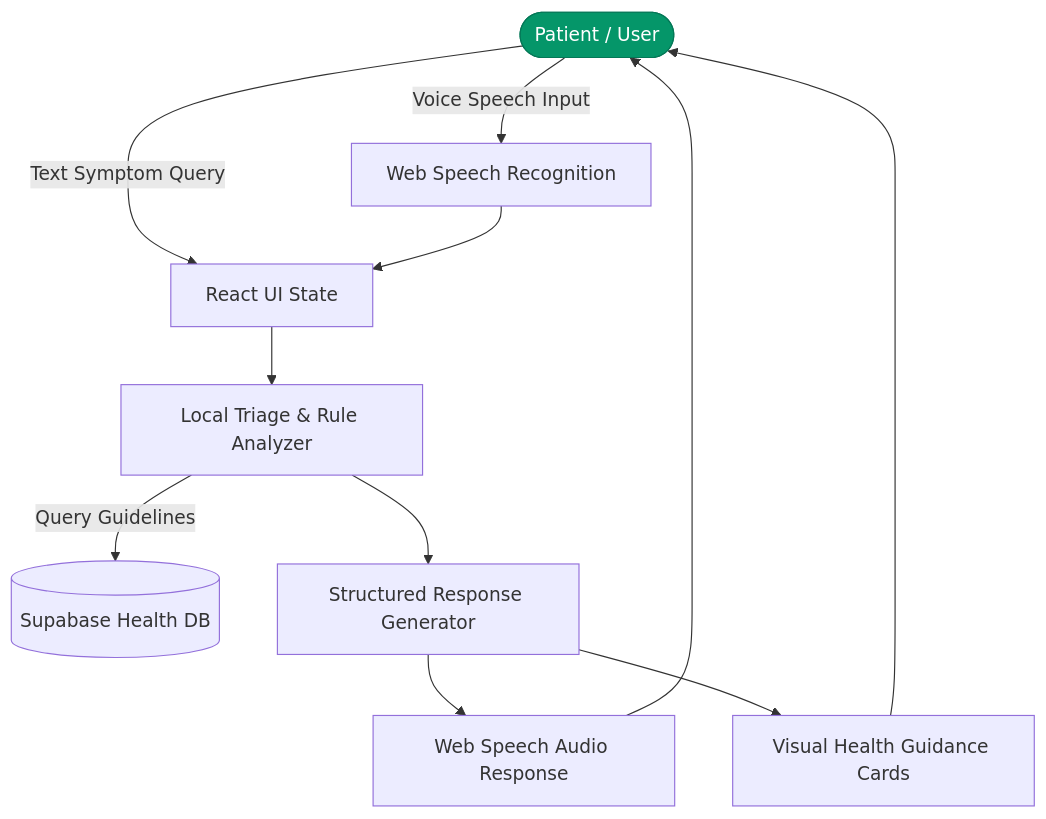
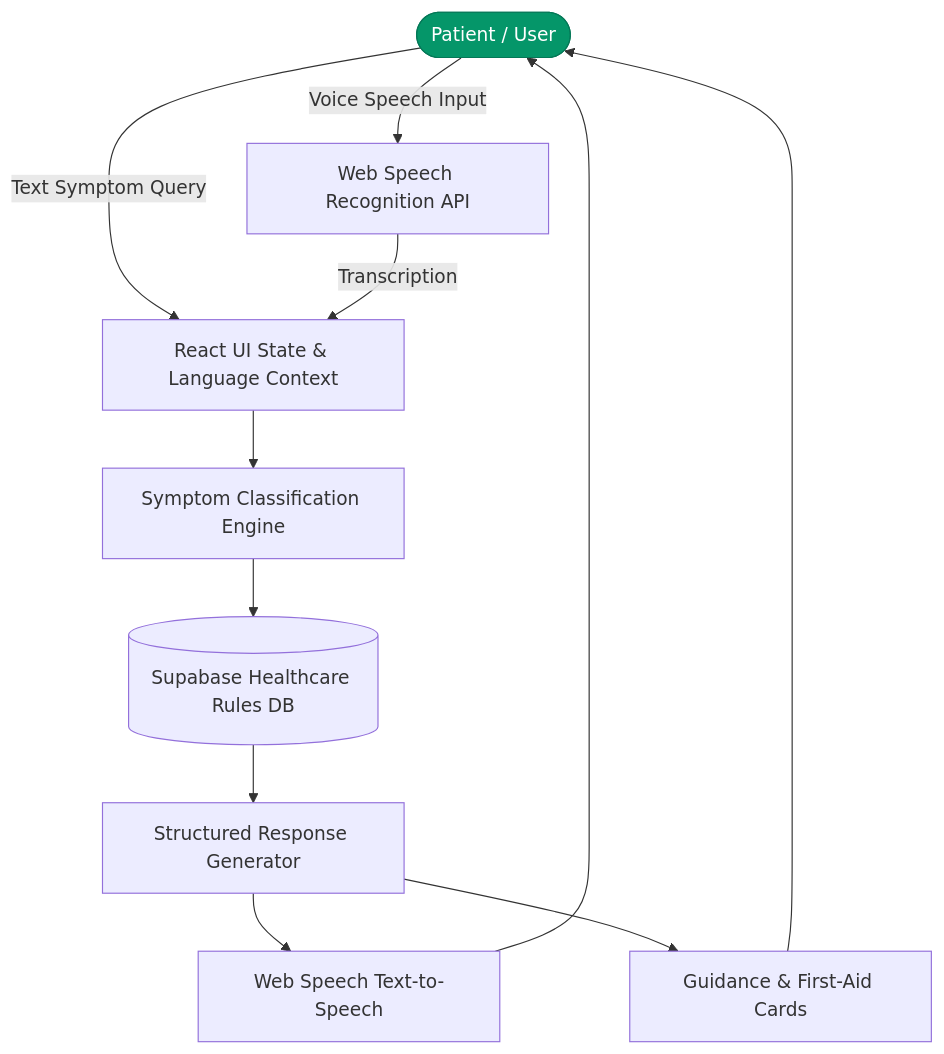
Before and after one commit to StratagemVX/arogyamitraa: the diagram in README.md, drawn with Mermaid. The commit also changed other lines of this file, not shown here.

````diff
--- a/README.md
+++ b/README.md
@@ -33,15 +43,15 @@
 ```mermaid
 flowchart TD
-    Patient([Patient / User]):::user -->|Voice Speech Input| VRec[Web Speech Recognition]
-    Patient -->|Text Symptom Query| Input[React UI State]
-    VRec --> Input
-    Input --> TriageEngine[Local Triage & Rule Analyzer]
-    TriageEngine -->|Query Guidelines| Supa[(Supabase Health DB)]
-    TriageEngine --> ResponseGen[Structured Response Generator]
-    ResponseGen --> SpeechSynth[Web Speech Audio Response]
-    ResponseGen --> Cards[Visual Health Guidance Cards]
-    SpeechSynth --> Patient
-    Cards --> Patient
+    Patient([Patient / User]):::user -->|Voice Speech Input| VRec[Web Speech Recognition API]
+    Patient -->|Text Symptom Query| Input[React UI State & Language Context]
+    VRec -->|Transcription| Input
+    Input --> Triage[Symptom Classification Engine]
+    Triage --> DB[(Supabase Healthcare Rules DB)]
+    DB --> OutputGen[Structured Response Generator]
+    OutputGen --> AudioSynth[Web Speech Text-to-Speech]
+    OutputGen --> VisualCards[Guidance & First-Aid Cards]
+    AudioSynth --> Patient
+    VisualCards --> Patient
 
     classDef user fill:#059669,stroke:#047857,color:#fff;
 ```
````
